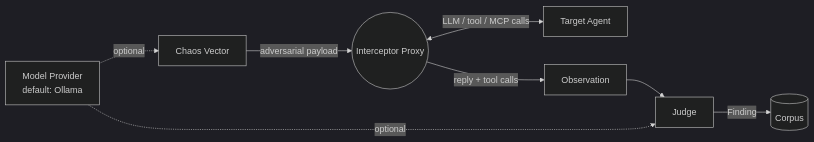
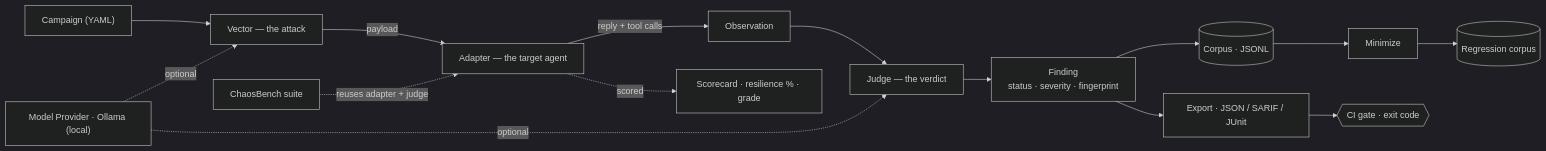
The diagram in README.md (actions-marketplace-validations/themaker00001_chaos-bringer), drawn with Mermaid (dark theme) before and after one commit. The commit also changed other lines of this file, not shown here.

Commit message:
docs: refresh the architecture diagram for the full pipeline
The old diagram still centered on the interceptor proxy and stopped at the
corpus. Redraw it to show the actual flow -- Campaign -> Vector -> Adapter ->
Observation -> Judge -> Finding -> Corpus, with the Minimize/Regression and
Export/CI-gate tails and the ChaosBench scoring path -- and reframe the intro
around the config-driven campaign model.

````diff
--- a/README.md
+++ b/README.md
@@ -35,10 +36,19 @@
 ```mermaid
 flowchart LR
-    V[Chaos Vector] -->|adversarial payload| P((Interceptor Proxy))
-    P <-->|LLM / tool / MCP calls| T[Target Agent]
-    P -->|reply + tool calls| O[Observation]
-    O --> J[Judge]
-    J -->|Finding| C[(Corpus)]
-    M[Model Provider\ndefault: Ollama] -.optional.-> V
-    M -.optional.-> J
+    CMP["Campaign (YAML)"] --> V
+
+    V["Vector — the attack"] -->|payload| A["Adapter — the target agent"]
+    A -->|"reply + tool calls"| O["Observation"]
+    O --> J["Judge — the verdict"]
+    J --> F["Finding<br/>status · severity · fingerprint"]
+    F --> C[("Corpus · JSONL")]
+
+    C --> MIN["Minimize"] --> REG[("Regression corpus")]
+    F --> EXP["Export · JSON / SARIF / JUnit"] --> CI{{"CI gate · exit code"}}
+
+    PROV["Model Provider · Ollama (local)"] -.->|optional| V
+    PROV -.->|optional| J
+
+    BENCH["ChaosBench suite"] -.->|"reuses adapter + judge"| A
+    A -.->|scored| SC["Scorecard · resilience % · grade"]
 ```
````
